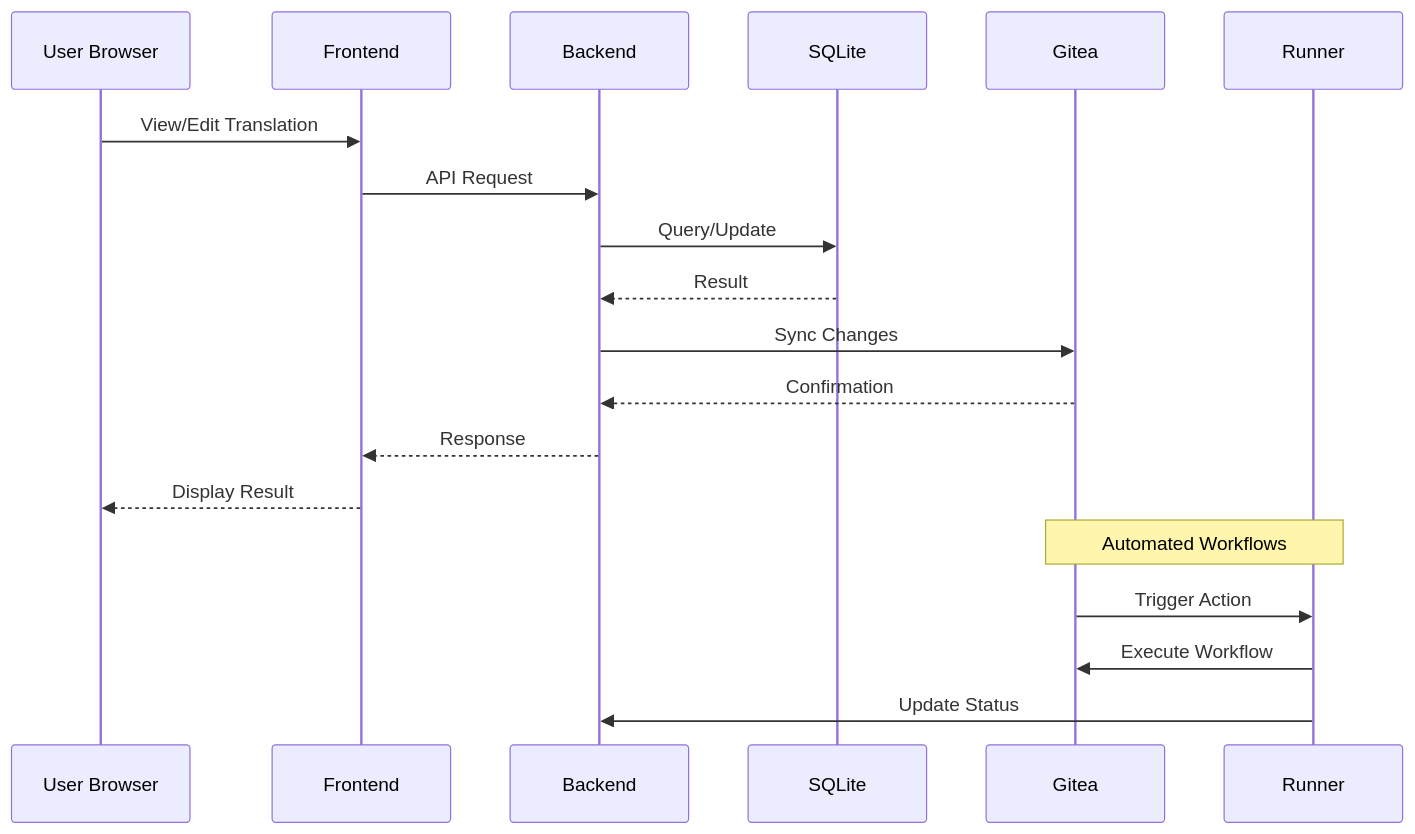
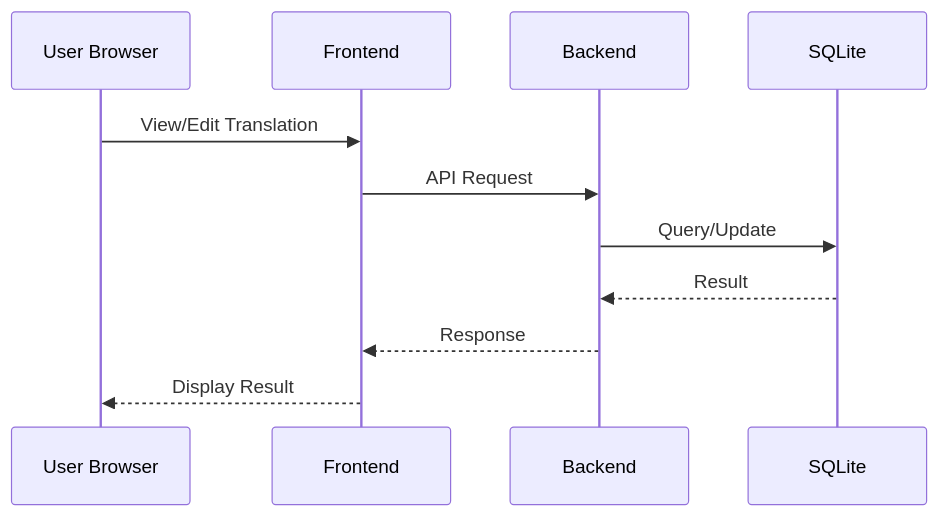
One commit to marine-term-translations/mtt-self-host-platform changed the second of 6 diagrams in ARCHITECTURE.md. Above: the diagram before and after it, drawn with Mermaid. The commit also changed other lines of this file and 2 other files, not shown here.

Commit message:
Update README, ARCHITECTURE, and SETUP docs to reflect simplified 2-service architecture

````diff
--- a/ARCHITECTURE.md
+++ b/ARCHITECTURE.md
@@ -183,23 +131,14 @@
 ```mermaid
 sequenceDiagram
     participant U as User Browser
     participant FE as Frontend
     participant BE as Backend
     participant DB as SQLite
-    participant G as Gitea
-    participant R as Runner
 
     U->>FE: View/Edit Translation
     FE->>BE: API Request
     BE->>DB: Query/Update
     DB-->>BE: Result
-    BE->>G: Sync Changes
-    G-->>BE: Confirmation
     BE-->>FE: Response
     FE-->>U: Display Result
-
-    Note over G,R: Automated Workflows
-    G->>R: Trigger Action
-    R->>G: Execute Workflow
-    R->>BE: Update Status
 ```
````
